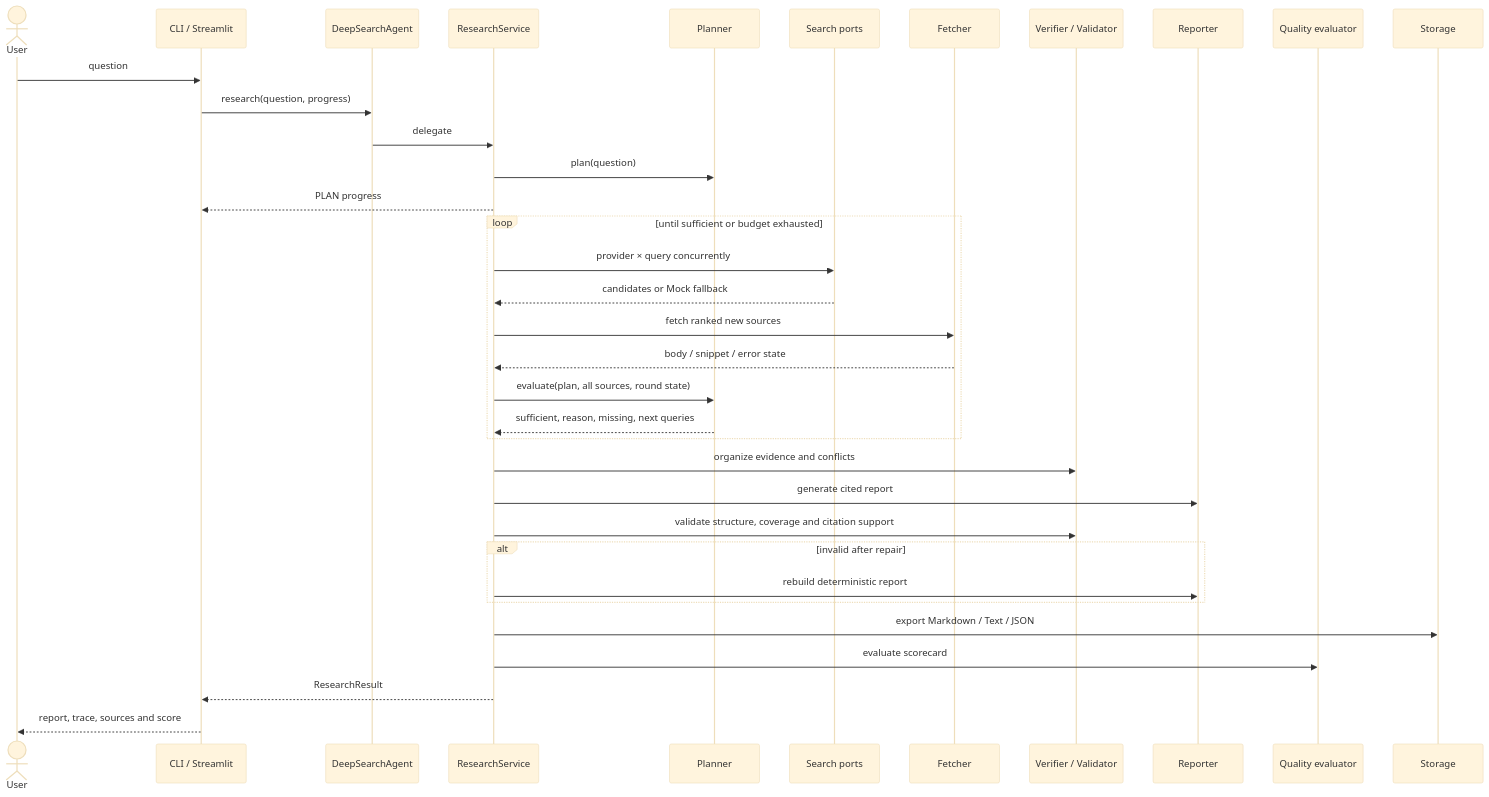
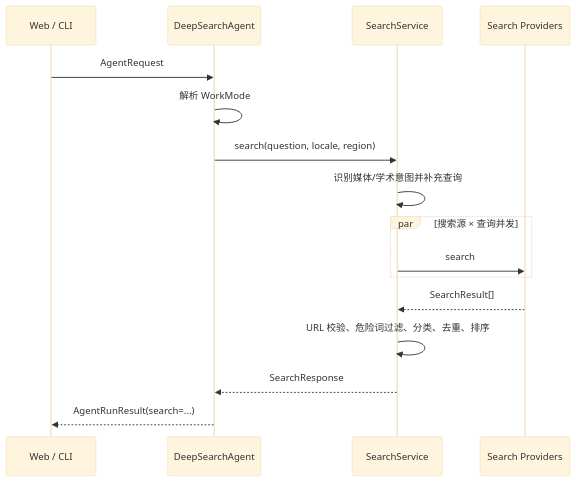
The second of 3 diagrams in docs/ARCHITECTURE.md (AllSuoHa/DeepSearch), drawn with Mermaid (base theme) before and after one commit. The commit also changed other lines of this file and 67 other files, not shown here.

````diff
--- a/docs/ARCHITECTURE.md
+++ b/docs/ARCHITECTURE.md
@@ -114,38 +85,18 @@
 ```mermaid
 sequenceDiagram
-    actor U as User
-    participant UI as CLI / Streamlit
+    participant UI as Web / CLI
     participant A as DeepSearchAgent
-    participant RS as ResearchService
-    participant P as Planner
-    participant S as Search ports
-    participant F as Fetcher
-    participant V as Verifier / Validator
-    participant R as Reporter
-    participant Q as Quality evaluator
-    participant ST as Storage
-
-    U->>UI: question
-    UI->>A: research(question, progress)
-    A->>RS: delegate
-    RS->>P: plan(question)
-    RS-->>UI: PLAN progress
-    loop until sufficient or budget exhausted
-        RS->>S: provider × query concurrently
-        S-->>RS: candidates or Mock fallback
-        RS->>F: fetch ranked new sources
-        F-->>RS: body / snippet / error state
-        RS->>P: evaluate(plan, all sources, round state)
-        P-->>RS: sufficient, reason, missing, next queries
+    participant S as SearchService
+    participant P as Search Providers
+    UI->>A: AgentRequest
+    A->>A: 解析 WorkMode
+    A->>S: search(question, locale, region)
+    S->>S: 识别媒体/学术意图并补充查询
+    par 搜索源 × 查询并发
+        S->>P: search
     end
-    RS->>V: organize evidence and conflicts
-    RS->>R: generate cited report
-    RS->>V: validate structure, coverage and citation support
-    alt invalid after repair
-        RS->>R: rebuild deterministic report
-    end
-    RS->>ST: export Markdown / Text / JSON
-    RS->>Q: evaluate scorecard
-    RS-->>UI: ResearchResult
-    UI-->>U: report, trace, sources and score
+    P-->>S: SearchResult[]
+    S->>S: URL 校验、危险词过滤、分类、去重、排序
+    S-->>A: SearchResponse
+    A-->>UI: AgentRunResult(search=...)
 ```
````
